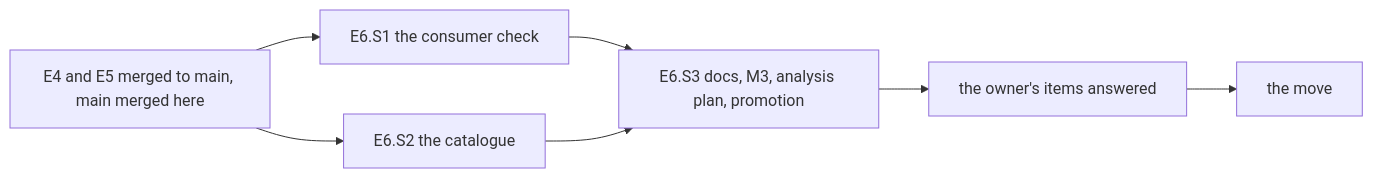
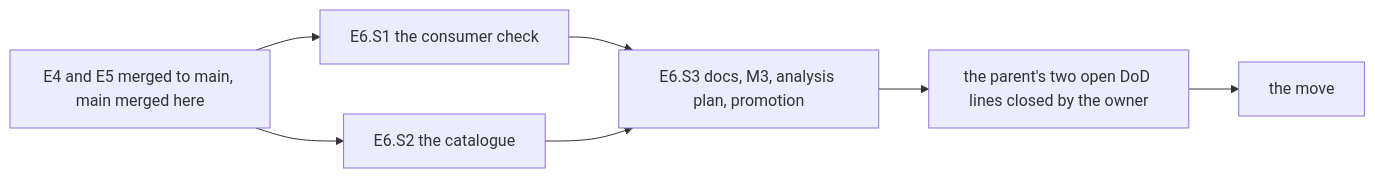
The diagram in todo/PLAN_model_arms_E6.md (oleksandrdubyna88/dew_flow_benchmark), drawn with Mermaid before and after one commit. The commit also changed other lines of this file, not shown here.

````diff
--- a/todo/PLAN_model_arms_E6.md
+++ b/todo/PLAN_model_arms_E6.md
@@ -374,8 +438,8 @@
 ```mermaid
 flowchart LR
     M[E4 and E5 merged to main, main merged here] --> S1[E6.S1 the consumer check]
     M --> S2[E6.S2 the catalogue]
     S1 --> S3[E6.S3 docs, M3, analysis plan, promotion]
     S2 --> S3
-    S3 --> O[the owner's items answered] --> P[the move]
+    S3 --> O[the parent's two open DoD lines closed by the owner] --> P[the move]
 ```
````
